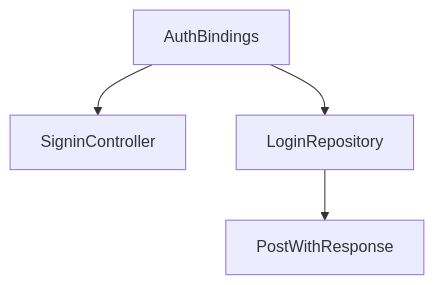
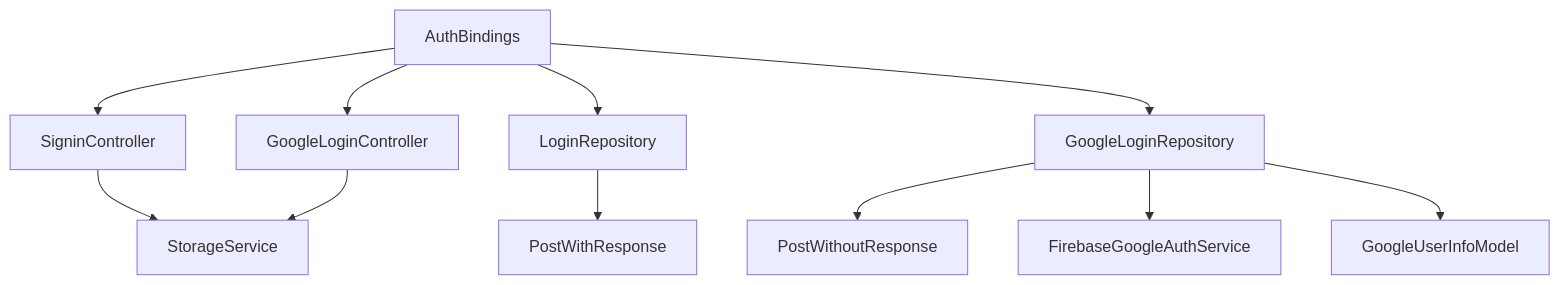
One commit to Ariful3111/FurniGo changed the fourth of 4 diagrams in .qoder/repowiki/en/content/Core Features/Authentication System/Login System.md. Above: the diagram before and after it, drawn with Mermaid. The commit also changed other lines of this file and 11 other files, not shown here.

````diff
--- a/.qoder/repowiki/en/content/Core Features/Authentication System/Login System.md
+++ b/.qoder/repowiki/en/content/Core Features/Authentication System/Login System.md
@@ -308,10 +474,23 @@
 ```mermaid
 graph TB
 AB["AuthBindings"]
 SC["SigninController"]
+GLC["GoogleLoginController"]
 LR["LoginRepository"]
+GLR["GoogleLoginRepository"]
 PWR["PostWithResponse"]
+PWR2["PostWithoutResponse"]
+FGA["FirebaseGoogleAuthService"]
+GUM["GoogleUserInfoModel"]
+SS["StorageService"]
 AB --> SC
+AB --> GLC
 AB --> LR
+AB --> GLR
 LR --> PWR
+GLR --> PWR2
+GLR --> FGA
+GLR --> GUM
+SC --> SS
+GLC --> SS
 ```
````
